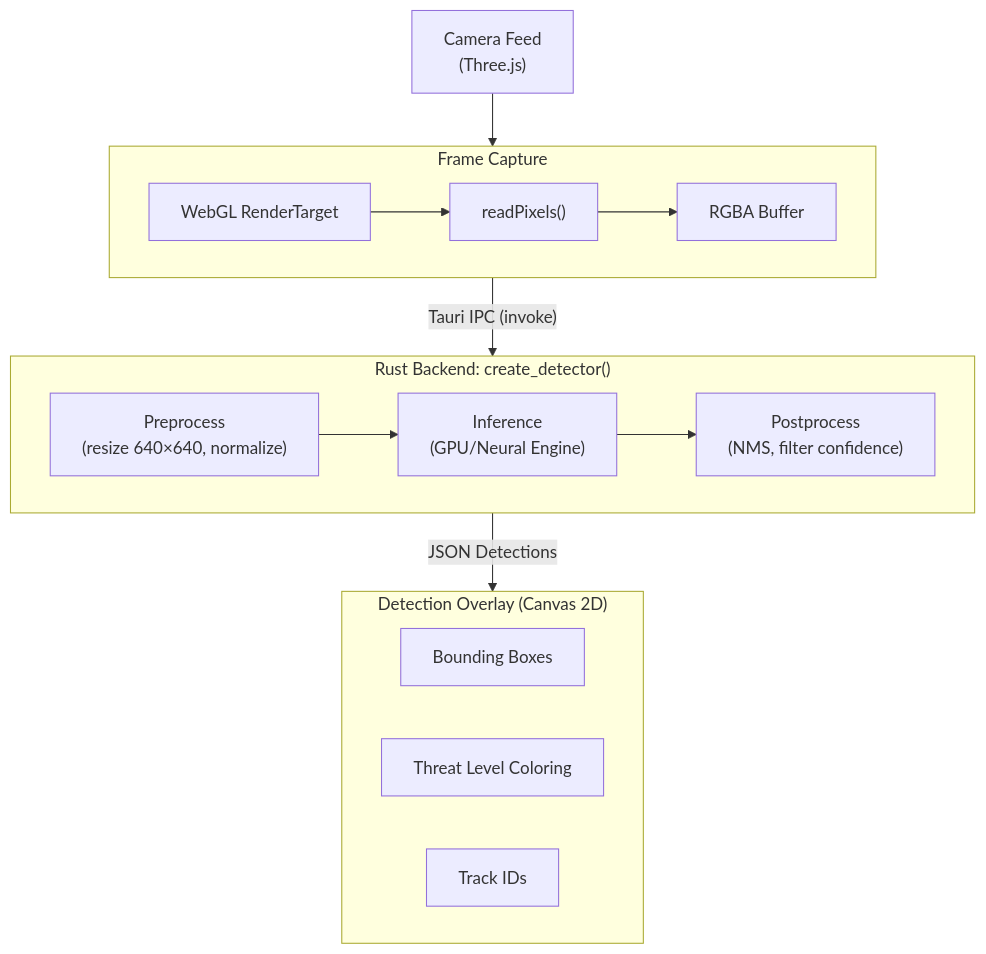
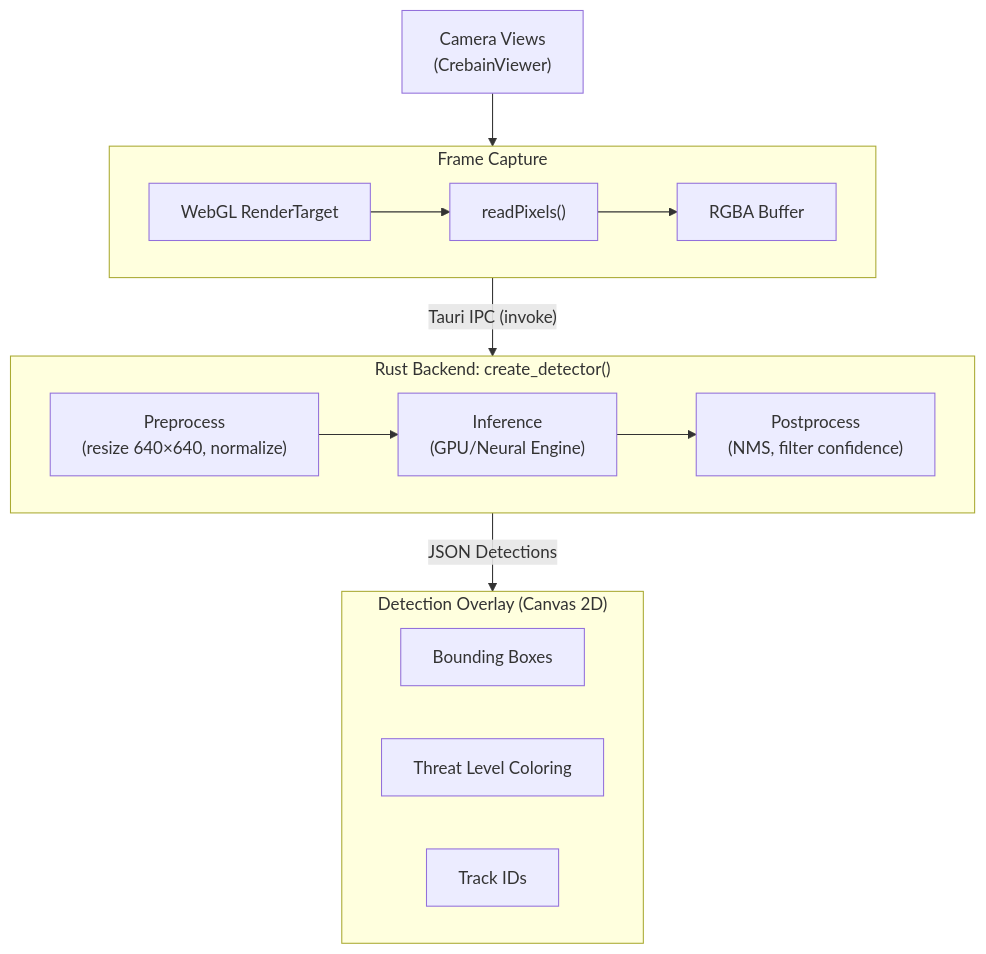
Before and after one commit to sepahead/crebain: the third of 3 diagrams in docs/ARCHITECTURE.md, drawn with Mermaid. The commit also changed other lines of this file and 49 other files, not shown here.

````diff
--- a/docs/ARCHITECTURE.md
+++ b/docs/ARCHITECTURE.md
@@ -164,29 +164,29 @@
 ```mermaid
 flowchart TB
-    CameraFeed["Camera Feed<br/>(Three.js)"]
+    CameraViews["Camera Views<br/>(CrebainViewer)"]
 
     subgraph Capture["Frame Capture"]
         WebGL["WebGL RenderTarget"]
         ReadPixels["readPixels()"]
         RGBA["RGBA Buffer"]
         WebGL --> ReadPixels --> RGBA
     end
 
     subgraph Backend["Rust Backend: create_detector()"]
         Preprocess["Preprocess<br/>(resize 640×640, normalize)"]
         Inference["Inference<br/>(GPU/Neural Engine)"]
         Postprocess["Postprocess<br/>(NMS, filter confidence)"]
 
         Preprocess --> Inference --> Postprocess
     end
 
     subgraph Overlay["Detection Overlay (Canvas 2D)"]
         BBox["Bounding Boxes"]
         Threat["Threat Level Coloring"]
         TrackID["Track IDs"]
     end
 
-    CameraFeed --> Capture
+    CameraViews --> Capture
     Capture -->|"Tauri IPC (invoke)"| Backend
     Backend -->|"JSON Detections"| Overlay
 ```
````
